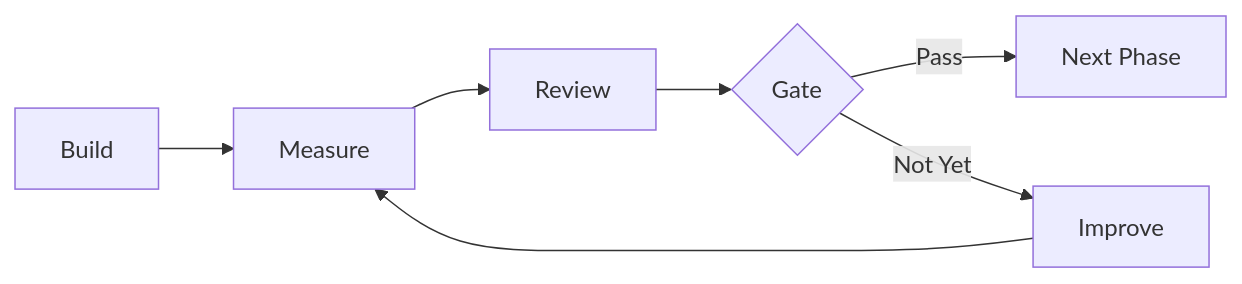
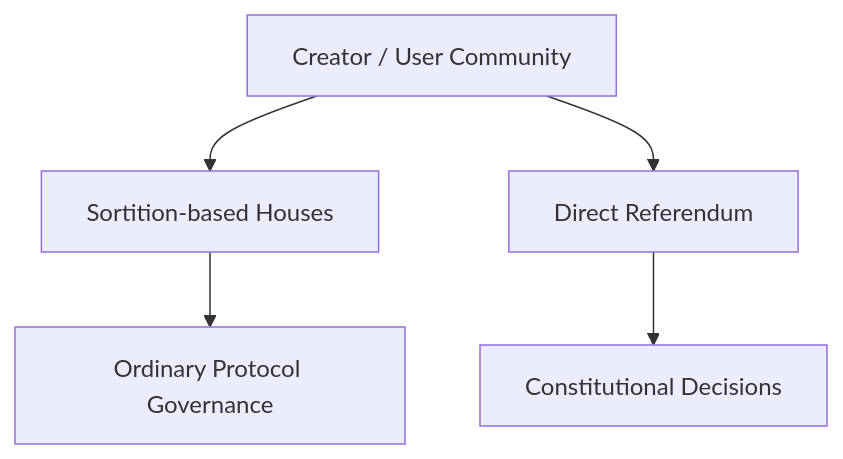
One commit to ShigeichiroYamasaki/creator-first-platform changed the third of 46 diagrams in docs/whitepaper/13-roadmap.md. Above: the diagram before and after it, drawn with Mermaid. The commit also changed other lines of this file, not shown here.

````diff
--- a/docs/whitepaper/13-roadmap.md
+++ b/docs/whitepaper/13-roadmap.md
@@ -80,13 +75,10 @@
 ```mermaid
-flowchart LR
-    BUILD[Build]
-    MEASURE[Measure]
-    REVIEW[Review]
-    GATE{Gate}
-    NEXT[Next Phase]
-    IMPROVE[Improve]
+flowchart TD
+    COMMUNITY[Creator / User Community]
 
-    BUILD --> MEASURE --> REVIEW --> GATE
-    GATE -->|Pass| NEXT
-    GATE -->|Not Yet| IMPROVE --> MEASURE
+    COMMUNITY --> HOUSES[Sortition-based Houses]
+    COMMUNITY --> REFERENDUM[Direct Referendum]
+
+    HOUSES --> ORDINARY[Ordinary Protocol Governance]
+    REFERENDUM --> CONSTITUTION[Constitutional Decisions]
 ```
````
